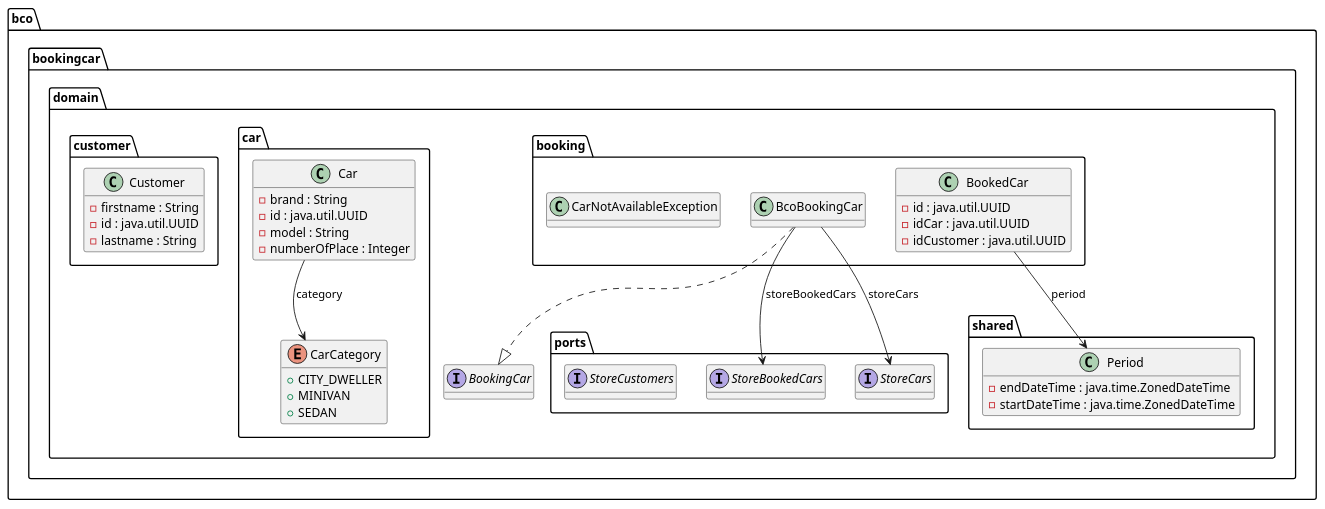
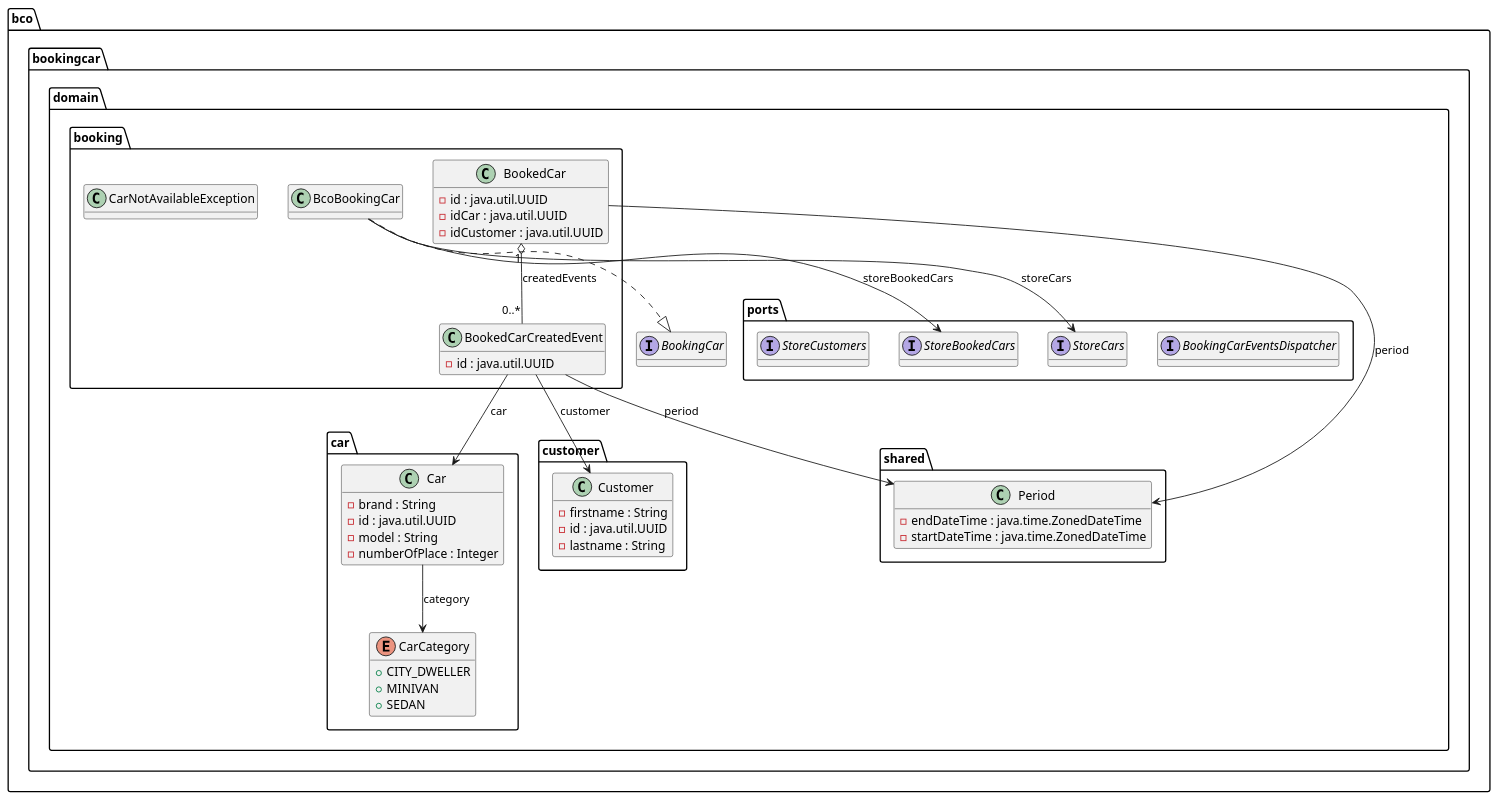
Before and after one commit to benjamins44/bookingcar: the diagram in bookingcar-domain/docs/domain.puml, drawn with PlantUML. The commit also changed 18 other files, not shown here.

Commit message:
feat(event): add event dispatch example

```diff
--- a/bookingcar-domain/docs/domain.puml
+++ b/bookingcar-domain/docs/domain.puml
@@ -1,121 +1,143 @@
 @startuml
 
 interface bco.bookingcar.domain.BookingCar {
 	{method}  {abstract} +book ( paramCar1 : bco.bookingcar.domain.car.Car , paramPeriod2 : bco.bookingcar.domain.shared.Period , paramCustomer3 : bco.bookingcar.domain.customer.Customer ) : bco.bookingcar.domain.booking.BookedCar
 	{method}  {abstract} +carIsBookedOn ( paramCar1 : bco.bookingcar.domain.car.Car , paramPeriod2 : bco.bookingcar.domain.shared.Period ) : boolean
 }
 
 
 class bco.bookingcar.domain.booking.BcoBookingCar {
 	{method} +book ( paramCar1 : bco.bookingcar.domain.car.Car , paramPeriod2 : bco.bookingcar.domain.shared.Period , paramCustomer3 : bco.bookingcar.domain.customer.Customer ) : bco.bookingcar.domain.booking.BookedCar
 	{method} +carIsBookedOn ( paramCar1 : bco.bookingcar.domain.car.Car , paramPeriod2 : bco.bookingcar.domain.shared.Period ) : boolean
 }
 
 
 class bco.bookingcar.domain.booking.BookedCar {
 	{field} -id : java.util.UUID
 	{field} -idCar : java.util.UUID
 	{field} -idCustomer : java.util.UUID
+	{method} +addEvent ( paramBookedCarCreatedEvent1 : bco.bookingcar.domain.booking.BookedCarCreatedEvent ) : bco.bookingcar.domain.booking.BookedCar
 	{method}  {static} +builder () : bco.bookingcar.domain.booking.BookedCar$BookedCarBuilder
 	{method} #canEqual ( paramObject1 : Object ) : boolean
 	{method} +equals ( paramObject1 : Object ) : boolean
 	{method} +hashCode () : int
 	{method} +toString () : String
+	{method} +withCreatedEvents ( paramList1 : java.util.List ) : bco.bookingcar.domain.booking.BookedCar
 	{method} +withId ( paramUUID1 : java.util.UUID ) : bco.bookingcar.domain.booking.BookedCar
 	{method} +withIdCar ( paramUUID1 : java.util.UUID ) : bco.bookingcar.domain.booking.BookedCar
 	{method} +withIdCustomer ( paramUUID1 : java.util.UUID ) : bco.bookingcar.domain.booking.BookedCar
 	{method} +withPeriod ( paramPeriod1 : bco.bookingcar.domain.shared.Period ) : bco.bookingcar.domain.booking.BookedCar
+}
+
+
+class bco.bookingcar.domain.booking.BookedCarCreatedEvent {
+	{field} -id : java.util.UUID
+	{method}  {static} +builder () : bco.bookingcar.domain.booking.BookedCarCreatedEvent$BookedCarCreatedEventBuilder
+	{method} +withCar ( paramCar1 : bco.bookingcar.domain.car.Car ) : bco.bookingcar.domain.booking.BookedCarCreatedEvent
+	{method} +withCustomer ( paramCustomer1 : bco.bookingcar.domain.customer.Customer ) : bco.bookingcar.domain.booking.BookedCarCreatedEvent
+	{method} +withId ( paramUUID1 : java.util.UUID ) : bco.bookingcar.domain.booking.BookedCarCreatedEvent
+	{method} +withPeriod ( paramPeriod1 : bco.bookingcar.domain.shared.Period ) : bco.bookingcar.domain.booking.BookedCarCreatedEvent
 }
 
 
 class bco.bookingcar.domain.booking.CarNotAvailableException {
 }
 
 
 class bco.bookingcar.domain.car.Car {
 	{field} -brand : String
 	{field} -id : java.util.UUID
 	{field} -model : String
 	{field} -numberOfPlace : Integer
 	{method}  {static} +builder () : bco.bookingcar.domain.car.Car$CarBuilder
 	{method} #canEqual ( paramObject1 : Object ) : boolean
 	{method} +equals ( paramObject1 : Object ) : boolean
 	{method} +hashCode () : int
 	{method} +toString () : String
 	{method} +withBrand ( paramString1 : String ) : bco.bookingcar.domain.car.Car
 	{method} +withCategory ( paramCarCategory1 : bco.bookingcar.domain.car.CarCategory ) : bco.bookingcar.domain.car.Car
 	{method} +withId ( paramUUID1 : java.util.UUID ) : bco.bookingcar.domain.car.Car
 	{method} +withModel ( paramString1 : String ) : bco.bookingcar.domain.car.Car
 	{method} +withNumberOfPlace ( paramInteger1 : Integer ) : bco.bookingcar.domain.car.Car
 }
 
 
 enum bco.bookingcar.domain.car.CarCategory {
 	{field} +CITY_DWELLER
 	{field} +MINIVAN
 	{field} +SEDAN
 }
 
 
 class bco.bookingcar.domain.customer.Customer {
 	{field} -firstname : String
 	{field} -id : java.util.UUID
 	{field} -lastname : String
 	{method}  {static} +builder () : bco.bookingcar.domain.customer.Customer$CustomerBuilder
 	{method} #canEqual ( paramObject1 : Object ) : boolean
 	{method} +equals ( paramObject1 : Object ) : boolean
 	{method} +hashCode () : int
 	{method} +toString () : String
 	{method} +withFirstname ( paramString1 : String ) : bco.bookingcar.domain.customer.Customer
 	{method} +withId ( paramUUID1 : java.util.UUID ) : bco.bookingcar.domain.customer.Customer
 	{method} +withLastname ( paramString1 : String ) : bco.bookingcar.domain.customer.Customer
 }
 
 
+interface bco.bookingcar.domain.ports.BookingCarEventsDispatcher {
+	{method}  {abstract} +dispatch ( paramList1 : java.util.List ) : void
+	{method}  {abstract} +hasDispatchedEventWithCarCustomerPeriod ( paramUUID1 : java.util.UUID , paramUUID2 : java.util.UUID , paramPeriod3 : bco.bookingcar.domain.shared.Period ) : boolean
+}
+
+
 interface bco.bookingcar.domain.ports.StoreBookedCars {
 	{method}  {abstract} +add ( paramBookedCar1 : bco.bookingcar.domain.booking.BookedCar ) : bco.bookingcar.domain.booking.BookedCar
 	{method}  {abstract} +getAll ( paramPeriod1 : bco.bookingcar.domain.shared.Period ) : java.util.List
 	{method}  {abstract} +getBookedCarByCarAndPeriod ( paramCar1 : bco.bookingcar.domain.car.Car , paramPeriod2 : bco.bookingcar.domain.shared.Period ) : java.util.List
 }
 
 
 interface bco.bookingcar.domain.ports.StoreCars {
 	{method}  {abstract} +add ( paramCar1 : bco.bookingcar.domain.car.Car ) : bco.bookingcar.domain.car.Car
 	{method}  {abstract} +addAll ( paramList1 : java.util.List ) : java.util.List
 	{method}  {abstract} +getAll () : java.util.List
 	{method}  {abstract} +getById ( paramUUID1 : java.util.UUID ) : java.util.Optional
 	{method}  {abstract} +saveAll ( paramList1 : java.util.List ) : java.util.List
 }
 
 
 interface bco.bookingcar.domain.ports.StoreCustomers {
 	{method}  {abstract} +add ( paramCustomer1 : bco.bookingcar.domain.customer.Customer ) : bco.bookingcar.domain.customer.Customer
 	{method}  {abstract} +getById ( paramUUID1 : java.util.UUID ) : java.util.Optional
 }
 
 
 class bco.bookingcar.domain.shared.Period {
 	{field} -endDateTime : java.time.ZonedDateTime
 	{field} -startDateTime : java.time.ZonedDateTime
 	{method}  {static} +builder () : bco.bookingcar.domain.shared.Period$PeriodBuilder
 	{method} #canEqual ( paramObject1 : Object ) : boolean
 	{method} +equals ( paramObject1 : Object ) : boolean
 	{method} +hasIntersectionWith ( paramPeriod1 : bco.bookingcar.domain.shared.Period ) : boolean
 	{method} +hashCode () : int
 	{method} +toString () : String
 	{method} +withEndDateTime ( paramZonedDateTime1 : java.time.ZonedDateTime ) : bco.bookingcar.domain.shared.Period
 	{method} +withStartDateTime ( paramZonedDateTime1 : java.time.ZonedDateTime ) : bco.bookingcar.domain.shared.Period
 }
 
 
 
 
 bco.bookingcar.domain.booking.BcoBookingCar -->  bco.bookingcar.domain.ports.StoreBookedCars : storeBookedCars
 bco.bookingcar.domain.booking.BcoBookingCar -->  bco.bookingcar.domain.ports.StoreCars : storeCars
 bco.bookingcar.domain.booking.BcoBookingCar ..|>  bco.bookingcar.domain.BookingCar
+bco.bookingcar.domain.booking.BookedCar "1" o-- "0..*"  bco.bookingcar.domain.booking.BookedCarCreatedEvent : createdEvents
 bco.bookingcar.domain.booking.BookedCar -->  bco.bookingcar.domain.shared.Period : period
+bco.bookingcar.domain.booking.BookedCarCreatedEvent -->  bco.bookingcar.domain.car.Car : car
+bco.bookingcar.domain.booking.BookedCarCreatedEvent -->  bco.bookingcar.domain.customer.Customer : customer
+bco.bookingcar.domain.booking.BookedCarCreatedEvent -->  bco.bookingcar.domain.shared.Period : period
 bco.bookingcar.domain.car.Car -->  bco.bookingcar.domain.car.CarCategory : category
 
 hide methods
 
 @enduml
```
